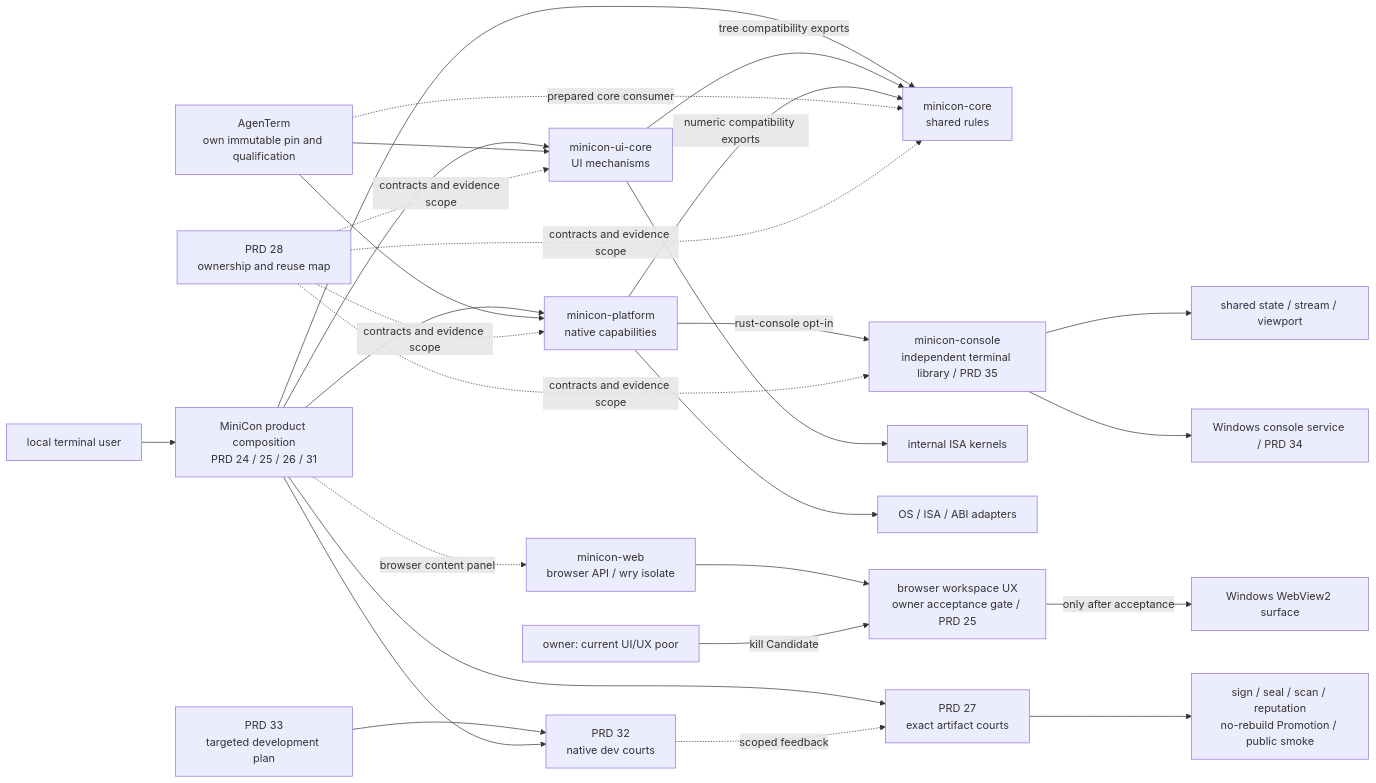
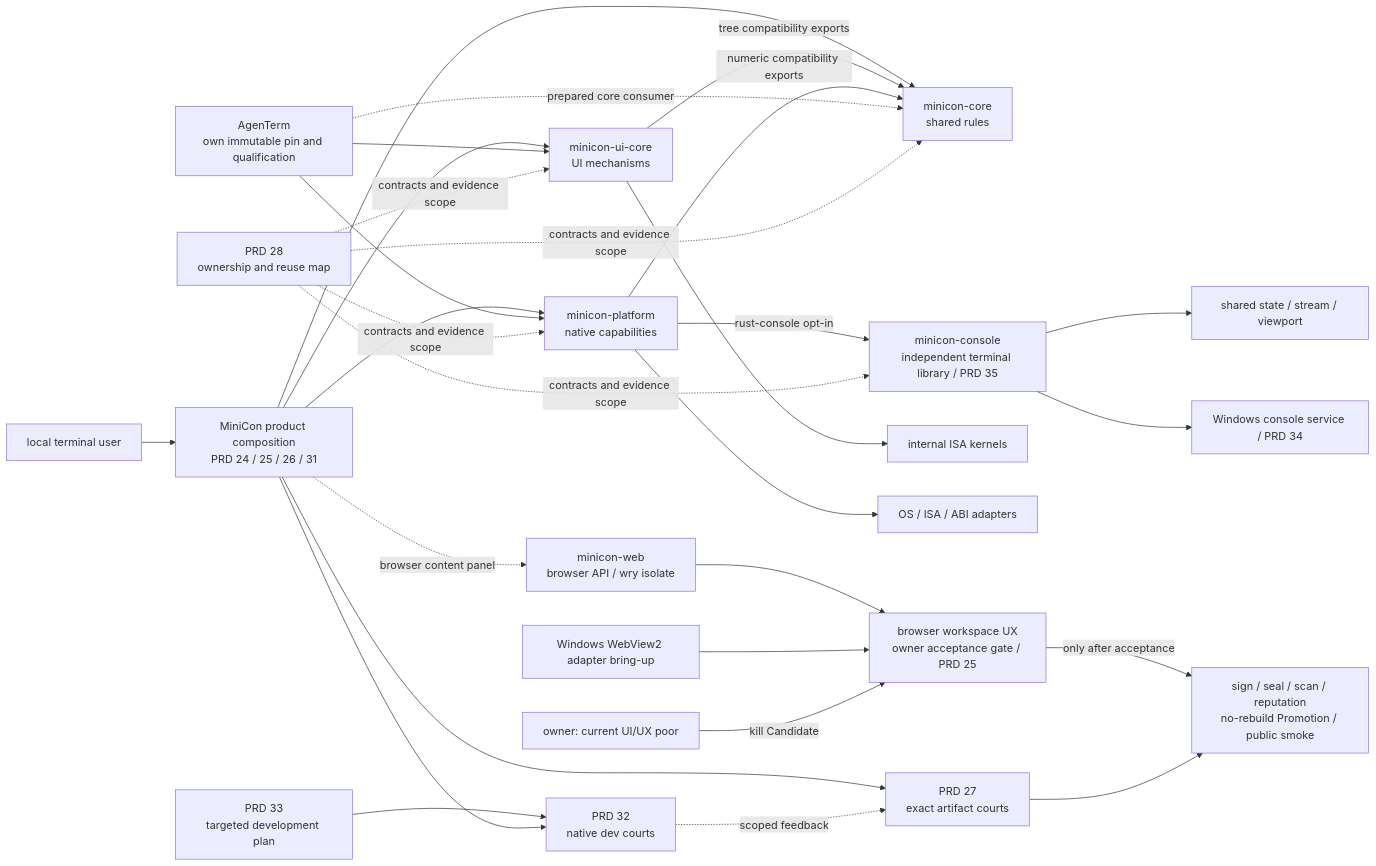
The diagram in PRD.md (partnernetsoftware/minicon), drawn with Mermaid before and after one commit. The commit also changed other lines of this file and 17 other files, not shown here.

````diff
--- a/PRD.md
+++ b/PRD.md
@@ -74,26 +74,27 @@
 ```mermaid
 flowchart LR
     U["local terminal user"] --> MC["MiniCon product composition<br/>PRD 24 / 25 / 26 / 31"]
     MC --> C["minicon-core<br/>shared rules"]
     MC --> UI["minicon-ui-core<br/>UI mechanisms"]
     MC --> P["minicon-platform<br/>native capabilities"]
     MC -.->|"browser content panel"| WEB["minicon-web<br/>browser API / wry isolate"]
     WEB --> UX["browser workspace UX<br/>owner acceptance gate / PRD 25"]
-    UX -->|"only after acceptance"| WWEB["Windows WebView2 surface"]
+    WWEB["Windows WebView2 adapter bring-up"] --> UX
+    UX -->|"only after acceptance"| R
     BADUX["owner: current UI/UX poor"] -->|"kill Candidate"| UX
     UI -->|tree compatibility exports| C
     P -->|numeric compatibility exports| C
     UI --> I["internal ISA kernels"]
     P --> N["OS / ISA / ABI adapters"]
     CON["minicon-console<br/>independent terminal library / PRD 35"] --> VT["shared state / stream / viewport"]
     P -->|rust-console opt-in| CON
     CON --> W["Windows console service / PRD 34"]
     A["AgenTerm<br/>own immutable pin and qualification"] --> UI & P
     A -. prepared core consumer .-> C
     M["PRD 28<br/>ownership and reuse map"] -. contracts and evidence scope .-> C & UI & P & CON
     T["PRD 33<br/>targeted development plan"] --> D["PRD 32<br/>native dev courts"]
     MC --> D
     MC --> E["PRD 27<br/>exact artifact courts"]
     D -. scoped feedback .-> E
     E --> R["sign / seal / scan / reputation<br/>no-rebuild Promotion / public smoke"]
 ```
````
